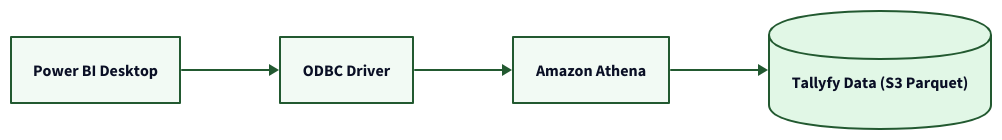
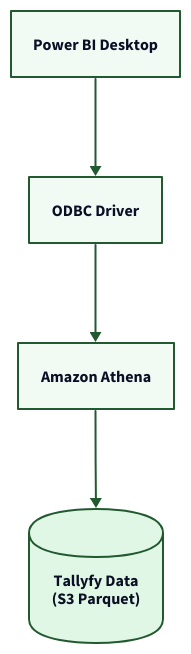
One commit to tallyfy/documentation changed the diagram in src/content/docs/pro/integrations/analytics/powerbi/how-to-analyze-tallyfy-workflows-with-power-bi.mdx. Above: the diagram before and after it, drawn with D2. The commit also changed 13 other files, not shown here.

First line of the commit message:
Redraw 16 diagrams on 14 pages so they read at full size

````diff
--- a/src/content/docs/pro/integrations/analytics/powerbi/how-to-analyze-tallyfy-workflows-with-power-bi.mdx
+++ b/src/content/docs/pro/integrations/analytics/powerbi/how-to-analyze-tallyfy-workflows-with-power-bi.mdx
@@ -26,40 +26,41 @@
 ```d2
-direction: right
+# How Power BI reaches your Tallyfy data
+direction: down
 
 Start: Power BI Desktop {
   shape: rectangle
   style.fill: "#f2faf4"
   style.stroke: "#225930"
 }
 
 ODBC: ODBC Driver {
   shape: rectangle
   style.fill: "#f2faf4"
   style.stroke: "#225930"
 }
 
 Athena: Amazon Athena {
   shape: rectangle
   style.fill: "#f2faf4"
   style.stroke: "#225930"
 }
 
-Data: Tallyfy Data (S3 Parquet) {
+Data: "Tallyfy Data\n(S3 Parquet)" {
   shape: cylinder
   style.fill: "#e1f7e6"
   style.stroke: "#225930"
   style.stroke-width: 2
 }
 
 Start -> ODBC {
   style.stroke: "#225930"
 }
 
 ODBC -> Athena {
   style.stroke: "#225930"
 }
 
 Athena -> Data {
   style.stroke: "#225930"
 }
 ```
````
